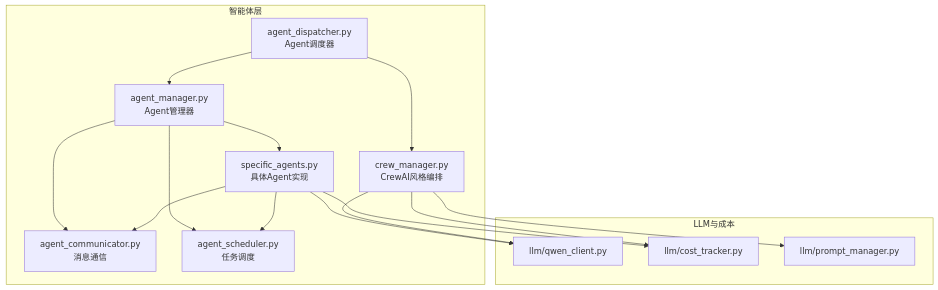
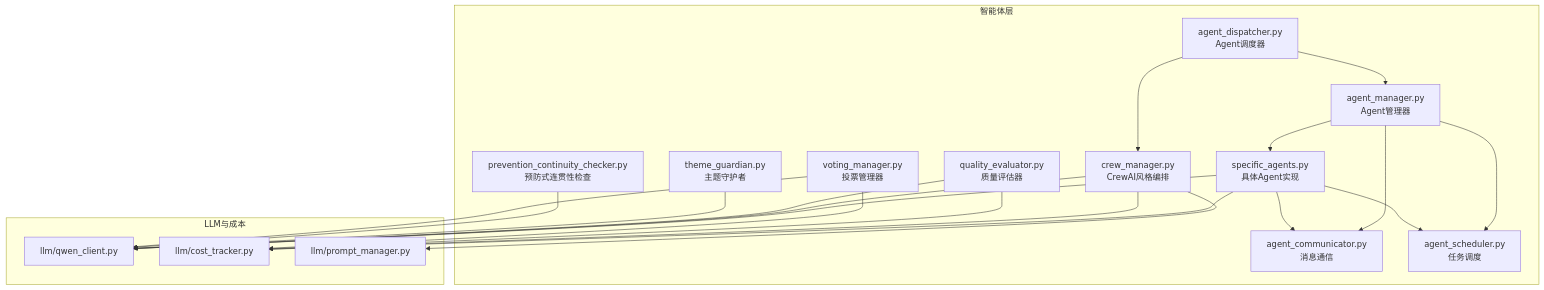
The first of 18 diagrams in .qoder/repowiki/zh/content/AI智能体系统/特定智能体实现/特定智能体实现.md (xfbyxq/ai-novel-system), drawn with Mermaid before and after one commit. The commit also changed other lines of this file and 38 other files, not shown here.

````diff
--- a/.qoder/repowiki/zh/content/AI智能体系统/特定智能体实现/特定智能体实现.md
+++ b/.qoder/repowiki/zh/content/AI智能体系统/特定智能体实现/特定智能体实现.md
@@ -45,28 +59,38 @@
 ```mermaid
 graph TB
 subgraph "智能体层"
 SA["specific_agents.py<br/>具体Agent实现"]
 AM["agent_manager.py<br/>Agent管理器"]
 AD["agent_dispatcher.py<br/>Agent调度器"]
 AC["agent_communicator.py<br/>消息通信"]
 AS["agent_scheduler.py<br/>任务调度"]
 CM["crew_manager.py<br/>CrewAI风格编排"]
+QE["quality_evaluator.py<br/>质量评估器"]
+TG["theme_guardian.py<br/>主题守护者"]
+PCC["prevention_continuity_checker.py<br/>预防式连贯性检查"]
+VM["voting_manager.py<br/>投票管理器"]
 end
 subgraph "LLM与成本"
 QC["llm/qwen_client.py"]
 CT["llm/cost_tracker.py"]
 PM["llm/prompt_manager.py"]
 end
 AM --> AC
 AM --> AS
 AM --> SA
 AD --> AM
 AD --> CM
 SA --> AC
 SA --> AS
 SA --> QC
 SA --> CT
 CM --> QC
 CM --> CT
 CM --> PM
+QE --> QC
+QE --> CT
+TG --> QC
+PCC --> QC
+VM --> QC
+VM --> CT
 ```
````
